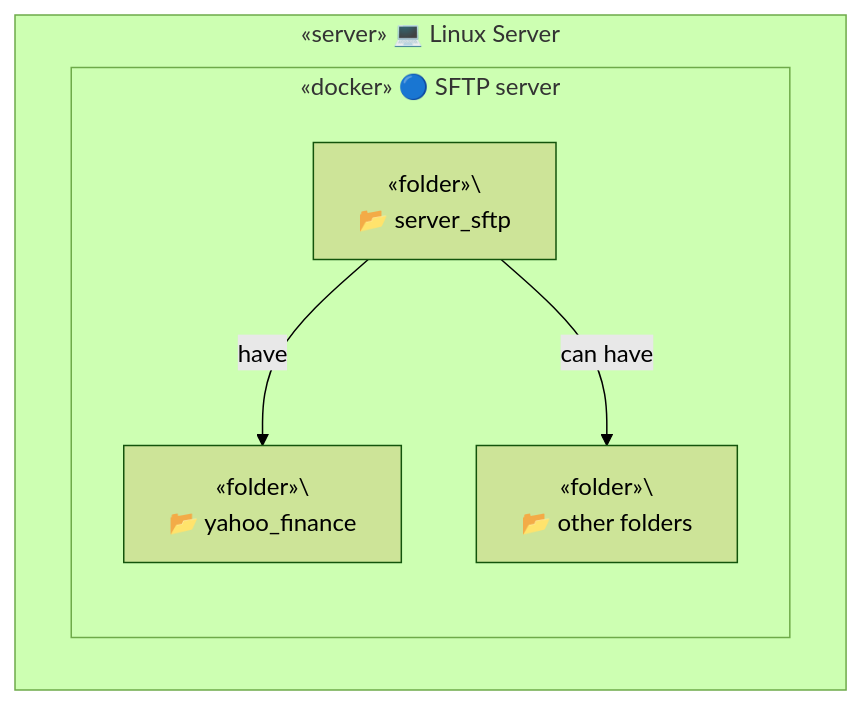
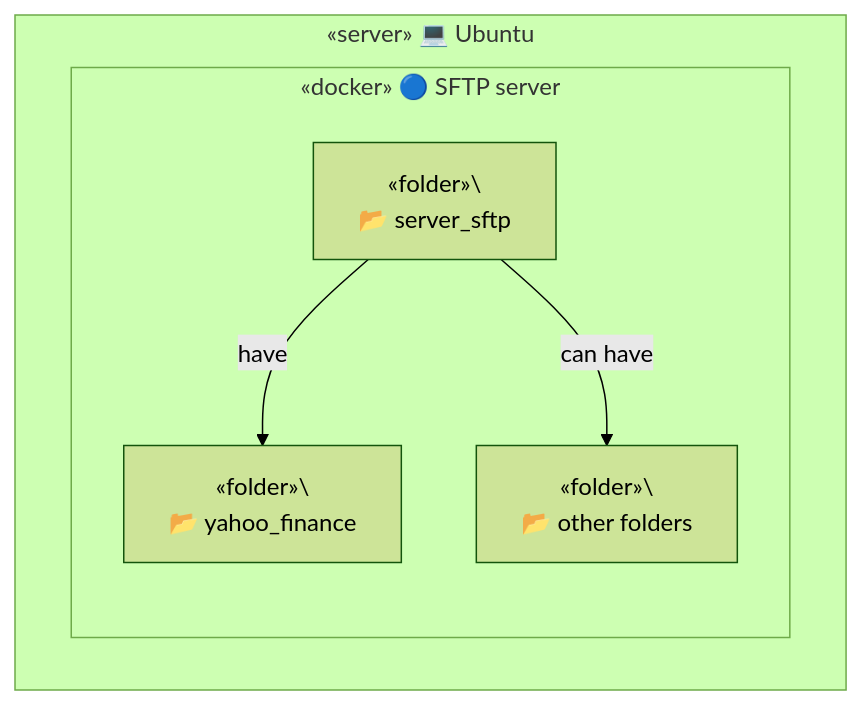
One commit to TrulyDigital/DATA_STREET changed the third of 4 diagrams in server_sftp/README.md. Above: the diagram before and after it, drawn with Mermaid (forest theme). The commit also changed other lines of this file, not shown here.

Commit message:
update: server_sftp README.md

````diff
--- a/server_sftp/README.md
+++ b/server_sftp/README.md
@@ -23,13 +30,13 @@
 ```mermaid
 graph TD
-    subgraph Container_A [«server» 💻 Linux Server]
+    subgraph Container_A [«server» 💻 Ubuntu]
         subgraph Contenedor_A [«docker» 🔵 SFTP server]
             A1[«folder»\<br/> 📂 server_sftp]
             A2[«folder»\<br/> 📂 yahoo_finance]
             A3[«folder»\<br/> 📂 other folders]
         end
 
         A1 -- have --> A2
         A1 -- can have --> A3
     end
 ```
````
